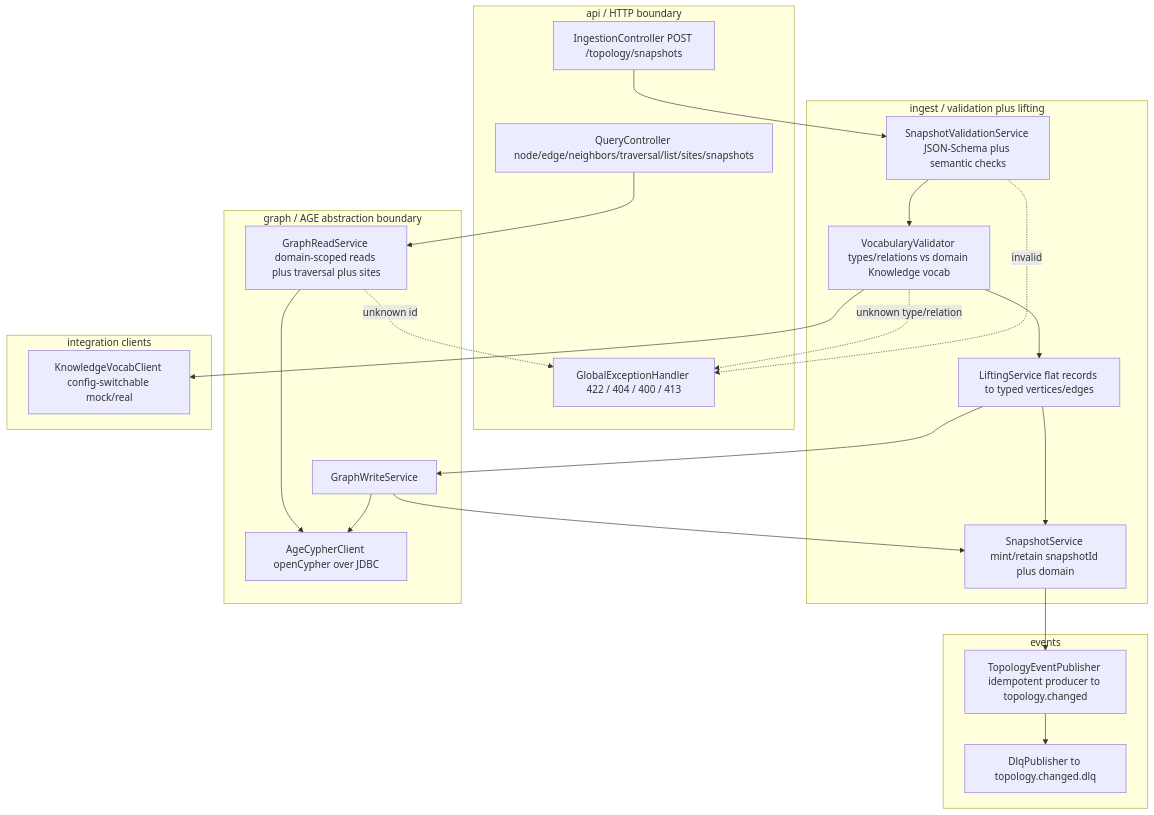
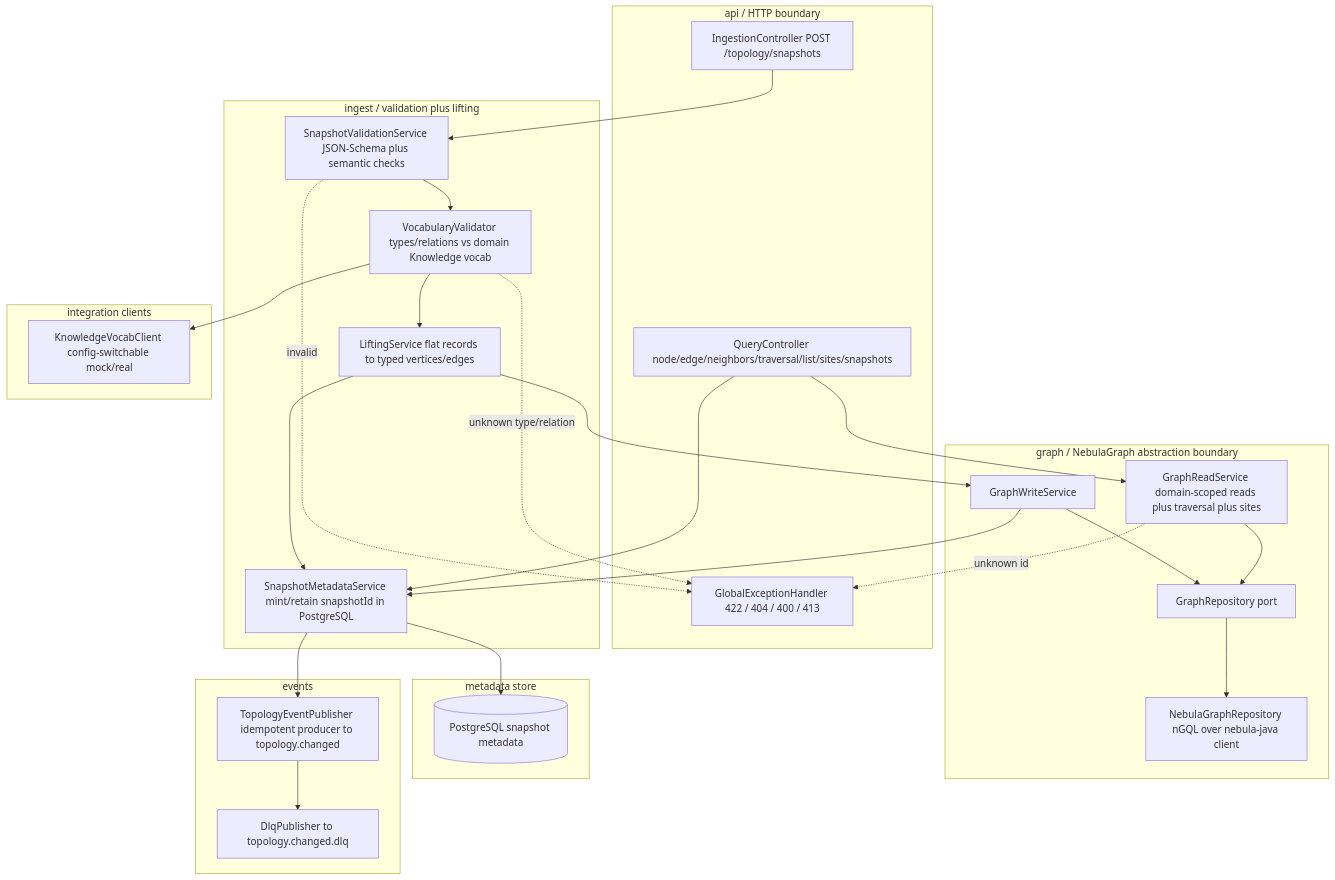
The first of 11 diagrams in services/topology/design.md (nikhilmohan/correlation-platform), drawn with Mermaid before and after one commit. The commit also changed other lines of this file, not shown here.

First line of the commit message:
design(topology): rework graph backend Apache AGE → NebulaGraph (nGQL)

````diff
--- a/services/topology/design.md
+++ b/services/topology/design.md
@@ -101,36 +105,42 @@
 ```mermaid
 flowchart TD
   subgraph api[api / HTTP boundary]
     IC[IngestionController POST /topology/snapshots]
     QC[QueryController node/edge/neighbors/traversal/list/sites/snapshots]
     EH[GlobalExceptionHandler 422 / 404 / 400 / 413]
   end
   subgraph ingest[ingest / validation plus lifting]
     SV[SnapshotValidationService JSON-Schema plus semantic checks]
     VV[VocabularyValidator types/relations vs domain Knowledge vocab]
     LF[LiftingService flat records to typed vertices/edges]
-    SS[SnapshotService mint/retain snapshotId plus domain]
+    SM[SnapshotMetadataService mint/retain snapshotId in PostgreSQL]
   end
-  subgraph graph[graph / AGE abstraction boundary]
+  subgraph graph[graph / NebulaGraph abstraction boundary]
     GW[GraphWriteService]
     GR[GraphReadService domain-scoped reads plus traversal plus sites]
-    AC[AgeCypherClient openCypher over JDBC]
+    PORT[GraphRepository port]
+    NEB[NebulaGraphRepository nGQL over nebula-java client]
+  end
+  subgraph meta[metadata store]
+    PG[(PostgreSQL snapshot metadata)]
   end
   subgraph integ[integration clients]
     KC[KnowledgeVocabClient config-switchable mock/real]
   end
   subgraph events[events]
     EP[TopologyEventPublisher idempotent producer to topology.changed]
     DLQ[DlqPublisher to topology.changed.dlq]
   end
 
-  IC --> SV --> VV --> LF --> GW --> AC
+  IC --> SV --> VV --> LF --> GW --> PORT --> NEB
   VV --> KC
   SV -. invalid .-> EH
   VV -. unknown type/relation .-> EH
-  LF --> SS
-  GW --> SS
-  SS --> EP --> DLQ
-  QC --> GR --> AC
+  LF --> SM
+  GW --> SM
+  SM --> PG
+  SM --> EP --> DLQ
+  QC --> GR --> PORT
+  QC --> SM
   GR -. unknown id .-> EH
 ```
````
